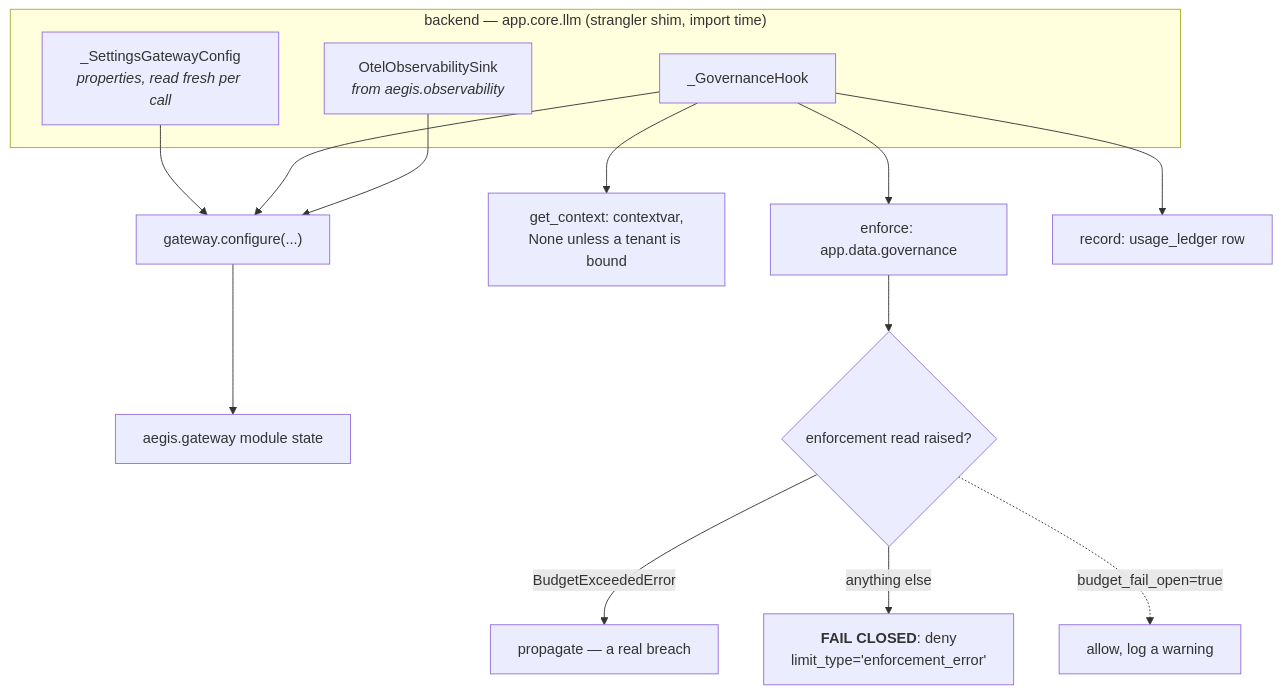
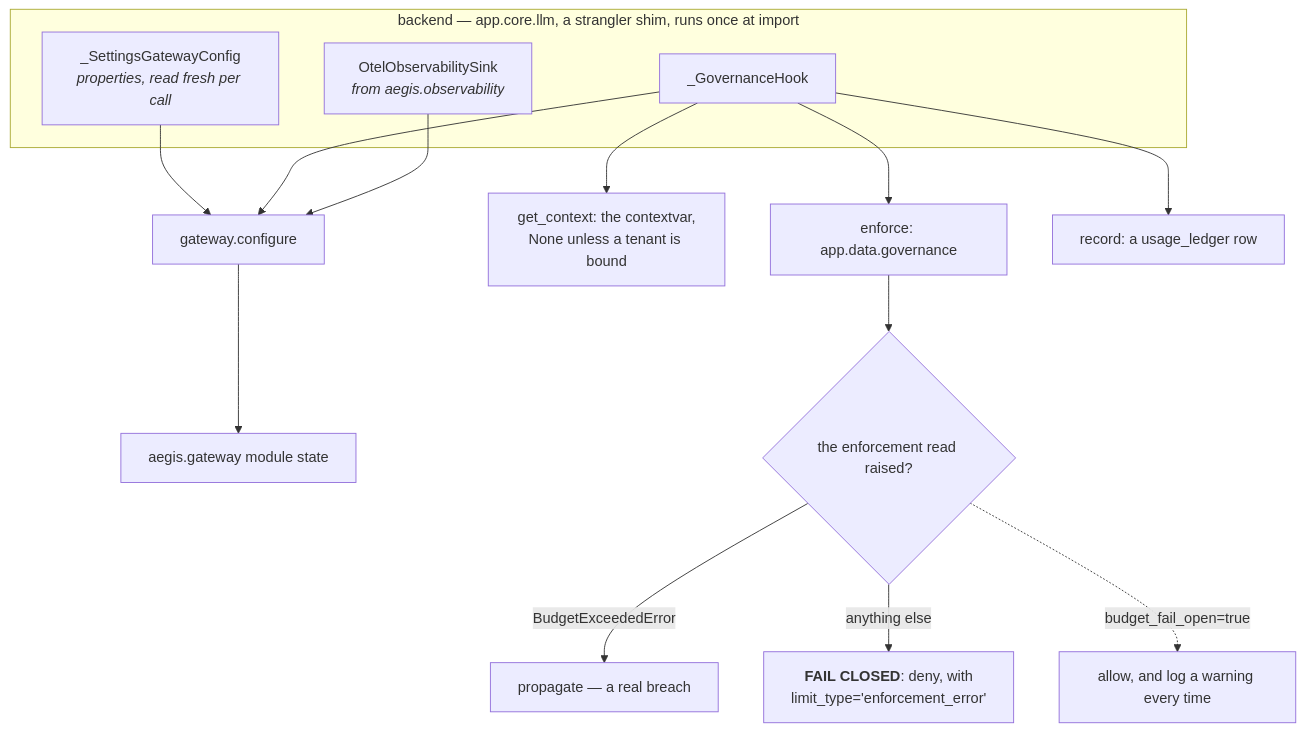
Before and after one commit to yrevash/aegis: the fourth of 5 diagrams in docs/teaching/gateway/40-diagrams.md, drawn with Mermaid. The commit also changed other lines of this file and 111 other files, not shown here.

````diff
--- a/docs/teaching/gateway/40-diagrams.md
+++ b/docs/teaching/gateway/40-diagrams.md
@@ -217,23 +129,22 @@
 ```mermaid
 flowchart TB
-    subgraph HOST["backend — app.core.llm (strangler shim, import time)"]
+    subgraph HOST["backend — app.core.llm, a strangler shim, runs once at import"]
         CFG["_SettingsGatewayConfig<br/><i>properties, read fresh per call</i>"]
         GOV["_GovernanceHook"]
         OBS["OtelObservabilitySink<br/><i>from aegis.observability</i>"]
     end
 
-    CFG --> CONF["gateway.configure(...)"]
+    CFG --> CONF["gateway.configure"]
     GOV --> CONF
     OBS --> CONF
-
     CONF --> GWM["aegis.gateway module state"]
 
-    GOV --> G1["get_context: contextvar,<br/>None unless a tenant is bound"]
+    GOV --> G1["get_context: the contextvar,<br/>None unless a tenant is bound"]
     GOV --> G2["enforce: app.data.governance"]
-    GOV --> G3["record: usage_ledger row"]
+    GOV --> G3["record: a usage_ledger row"]
 
-    G2 --> FAIL{"enforcement read raised?"}
-    FAIL -->|"BudgetExceededError"| PROP["propagate — a real breach"]
-    FAIL -->|"anything else"| CLOSED["<b>FAIL CLOSED</b>: deny<br/>limit_type='enforcement_error'"]
-    FAIL -.->|"budget_fail_open=true"| OPEN["allow, log a warning"]
+    G2 --> FAIL{"the enforcement read raised?"}
+    FAIL -->|BudgetExceededError| PROP["propagate — a real breach"]
+    FAIL -->|"anything else"| CLOSED["<b>FAIL CLOSED</b>: deny, with<br/>limit_type='enforcement_error'"]
+    FAIL -.->|"budget_fail_open=true"| OPEN["allow, and log a warning every time"]
 ```
````
